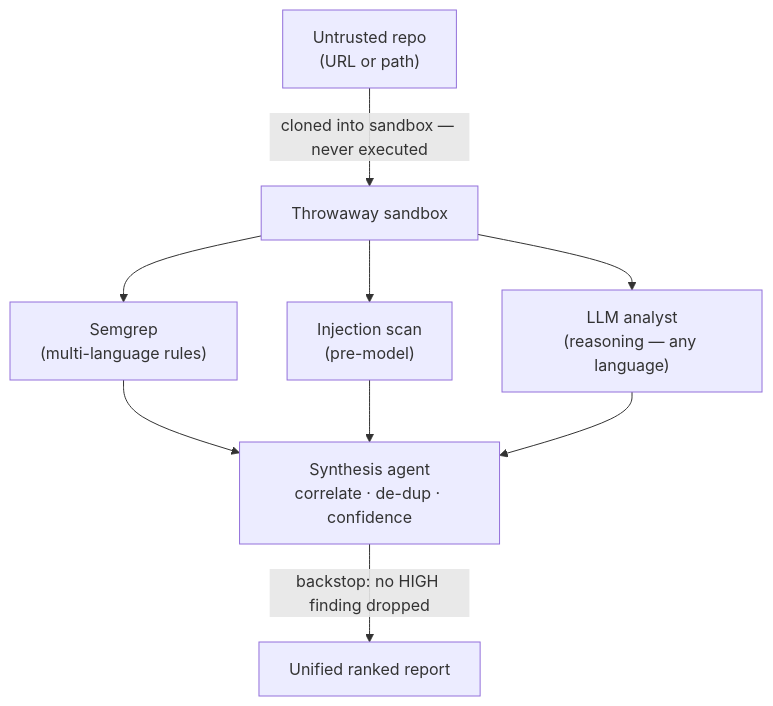
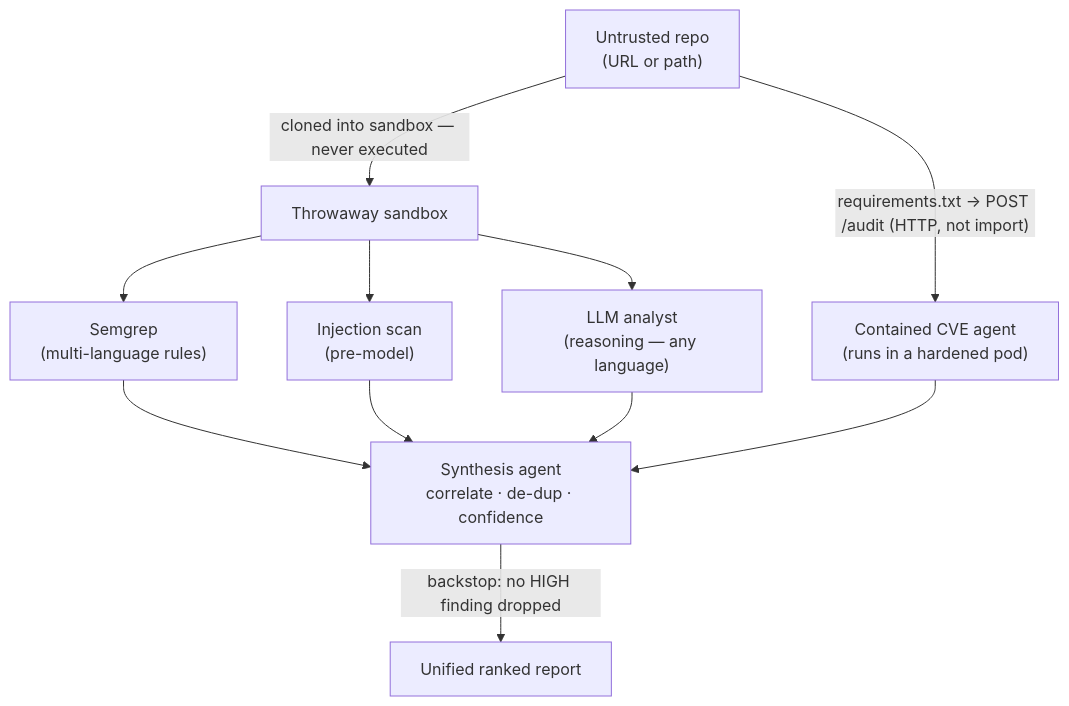
The first of 2 diagrams in README.md (kent12112/codescan), drawn with Mermaid before and after one commit. The commit also changed other lines of this file and 6 other files, not shown here.

Commit message:
Integrate pipeline with contained CVE agent over HTTP; update docs

````diff
--- a/README.md
+++ b/README.md
@@ -52,11 +54,13 @@
 ```mermaid
 flowchart TD
     A["Untrusted repo<br/>(URL or path)"] -->|"cloned into sandbox — never executed"| B["Throwaway sandbox"]
     B --> C["Semgrep<br/>(multi-language rules)"]
     B --> D["Injection scan<br/>(pre-model)"]
     B --> E["LLM analyst<br/>(reasoning — any language)"]
+    A -->|"requirements.txt → POST /audit (HTTP, not import)"| H["Contained CVE agent<br/>(runs in a hardened pod)"]
     C --> F["Synthesis agent<br/>correlate · de-dup · confidence"]
     D --> F
     E --> F
+    H --> F
     F -->|"backstop: no HIGH finding dropped"| G["Unified ranked report"]
 ```
````
